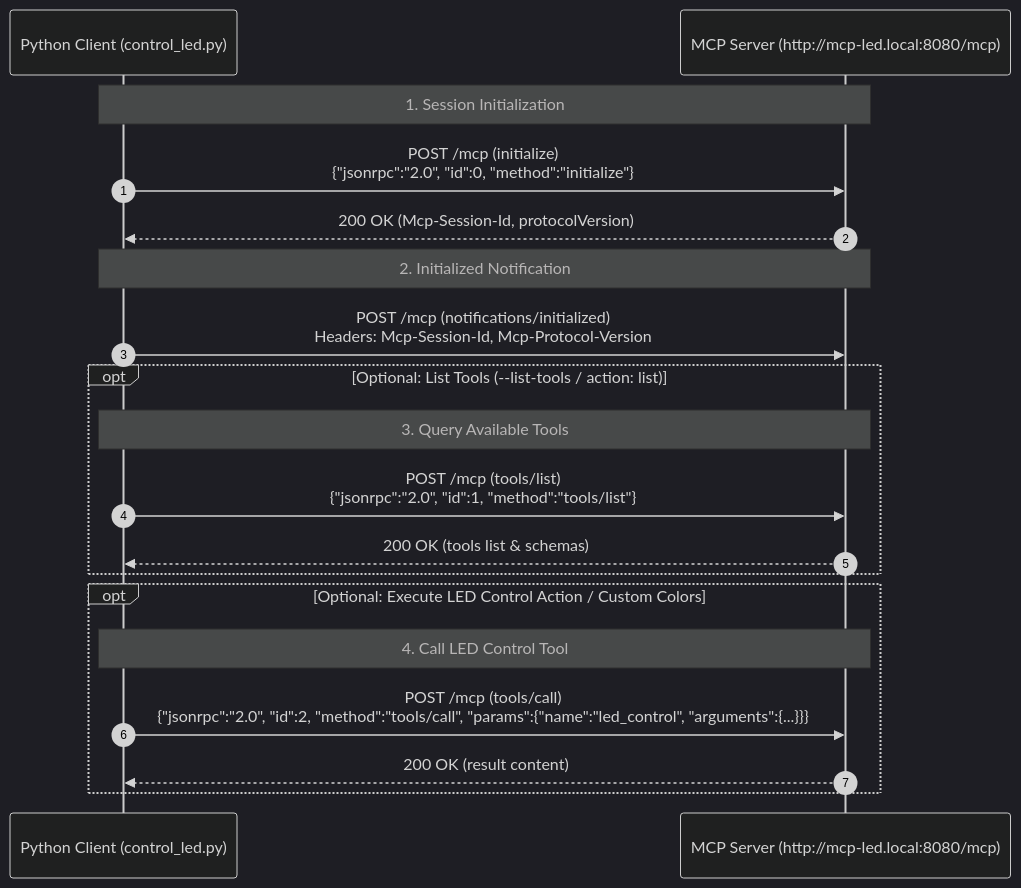
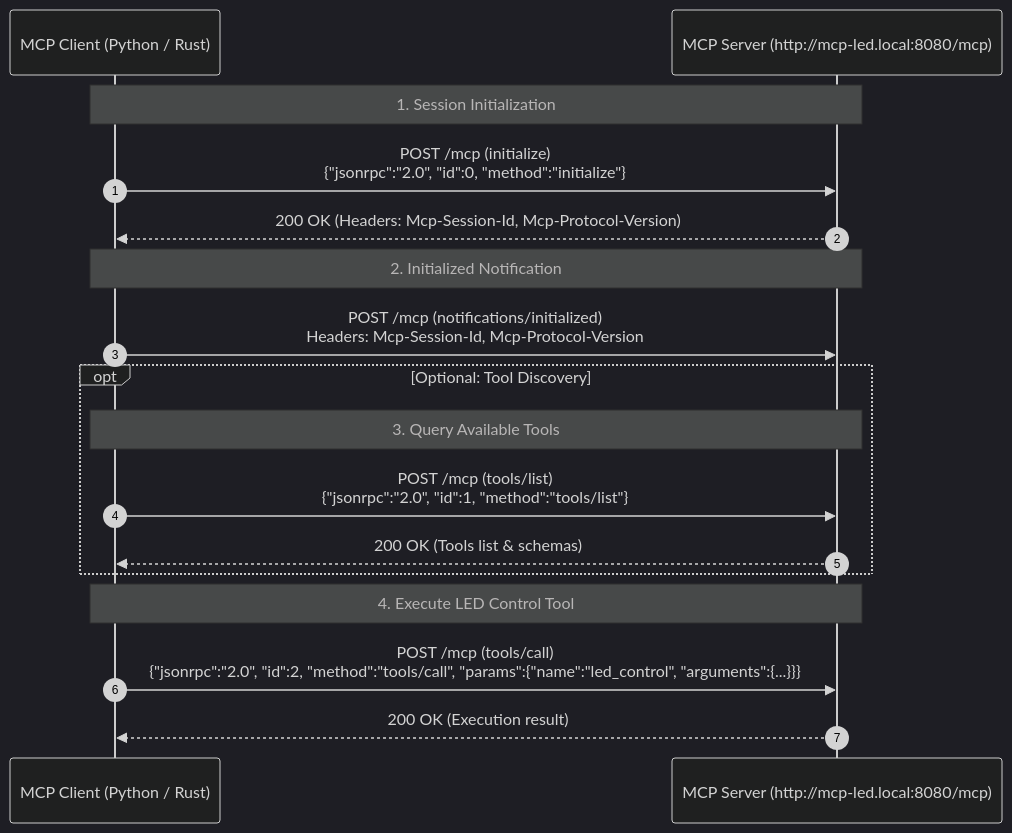
The diagram in README.md (andrescvargasr/test_mcp_python_code), drawn with Mermaid (dark theme) before and after one commit. The commit also changed other lines of this file, not shown here.

Commit message:
docs: reorganize README to support multi-language client implementations for Python and Rust

````diff
--- a/README.md
+++ b/README.md
@@ -41,25 +38,23 @@
 ```mermaid
 sequenceDiagram
     autonumber
-    participant Client as Python Client (control_led.py)
+    participant Client as MCP Client (Python / Rust)
     participant Server as MCP Server (http://mcp-led.local:8080/mcp)
 
     Note over Client, Server: 1. Session Initialization
     Client->>Server: POST /mcp (initialize)<br/>{"jsonrpc":"2.0", "id":0, "method":"initialize"}
-    Server-->>Client: 200 OK (Mcp-Session-Id, protocolVersion)
+    Server-->>Client: 200 OK (Headers: Mcp-Session-Id, Mcp-Protocol-Version)
 
     Note over Client, Server: 2. Initialized Notification
     Client->>Server: POST /mcp (notifications/initialized)<br/>Headers: Mcp-Session-Id, Mcp-Protocol-Version
 
-    opt Optional: List Tools (--list-tools / action: list)
+    opt Optional: Tool Discovery
         Note over Client, Server: 3. Query Available Tools
         Client->>Server: POST /mcp (tools/list)<br/>{"jsonrpc":"2.0", "id":1, "method":"tools/list"}
-        Server-->>Client: 200 OK (tools list & schemas)
+        Server-->>Client: 200 OK (Tools list & schemas)
     end
 
-    opt Optional: Execute LED Control Action / Custom Colors
-        Note over Client, Server: 4. Call LED Control Tool
-        Client->>Server: POST /mcp (tools/call)<br/>{"jsonrpc":"2.0", "id":2, "method":"tools/call", "params":{"name":"led_control", "arguments":{...}}}
-        Server-->>Client: 200 OK (result content)
-    end
+    Note over Client, Server: 4. Execute LED Control Tool
+    Client->>Server: POST /mcp (tools/call)<br/>{"jsonrpc":"2.0", "id":2, "method":"tools/call", "params":{"name":"led_control", "arguments":{...}}}
+    Server-->>Client: 200 OK (Execution result)
 ```
````
